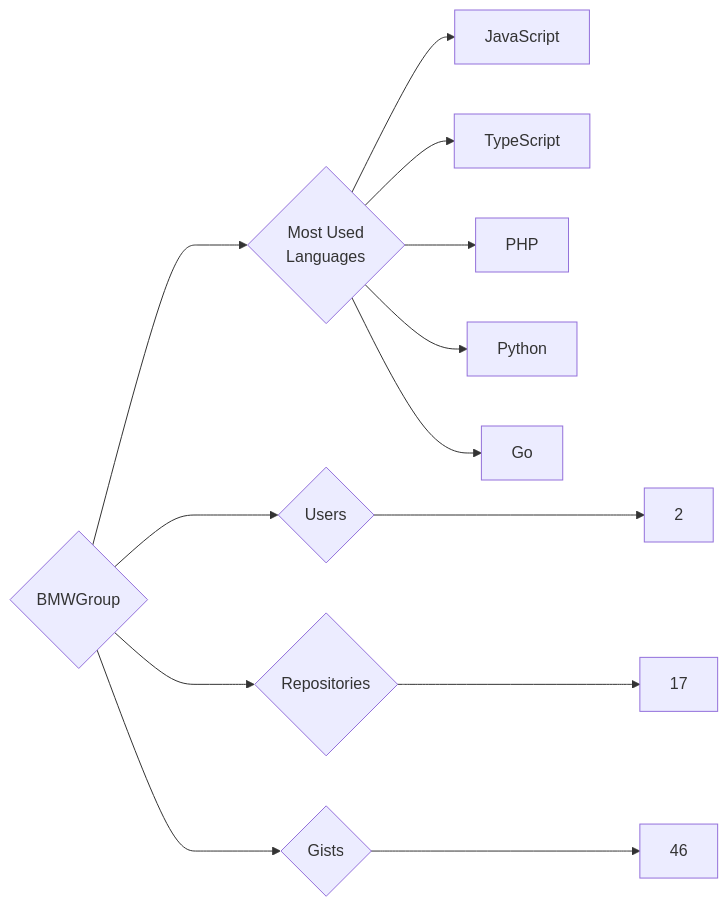
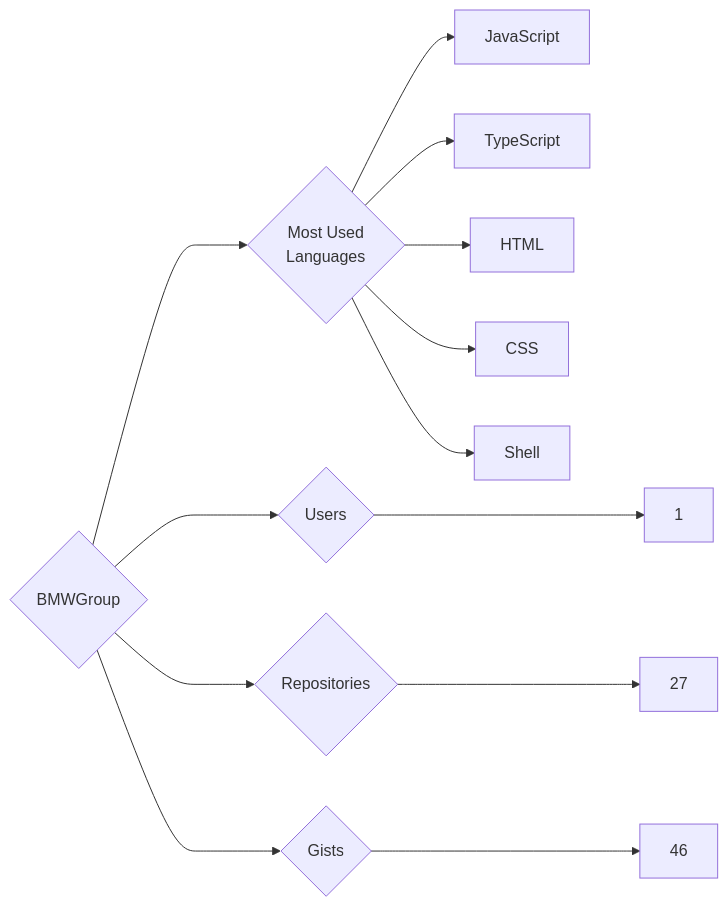
The diagram in targets/BMWGroup/README.md (trickest/insiders), drawn with Mermaid before and after one commit. The commit also changed 1175 other files, not shown here.

````diff
--- a/targets/BMWGroup/README.md
+++ b/targets/BMWGroup/README.md
@@ -3,13 +3,13 @@
 ```mermaid
 graph LR
 COMPANY_NAME{BMWGroup}
-COMPANY_NAME ---> U{Users} ---> UN[2]
-COMPANY_NAME ---> R{Repositories} ---> RN[17]
+COMPANY_NAME ---> U{Users} ---> UN[1]
+COMPANY_NAME ---> R{Repositories} ---> RN[27]
 COMPANY_NAME ---> G{Gists} ---> GN[46]
 COMPANY_NAME ---> ML{Most Used<br>Languages}
 ML --> JavaScript[JavaScript]
 ML --> TypeScript[TypeScript]
-ML --> PHP[PHP]
-ML --> Python[Python]
-ML --> Go[Go]
+ML --> HTML[HTML]
+ML --> CSS[CSS]
+ML --> Shell[Shell]
 ```
````
